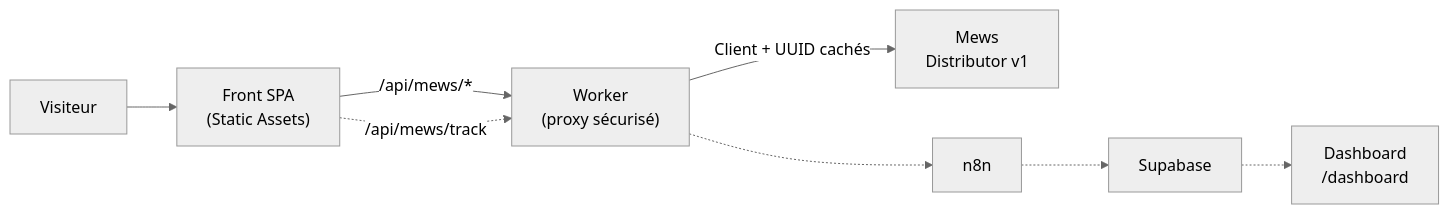
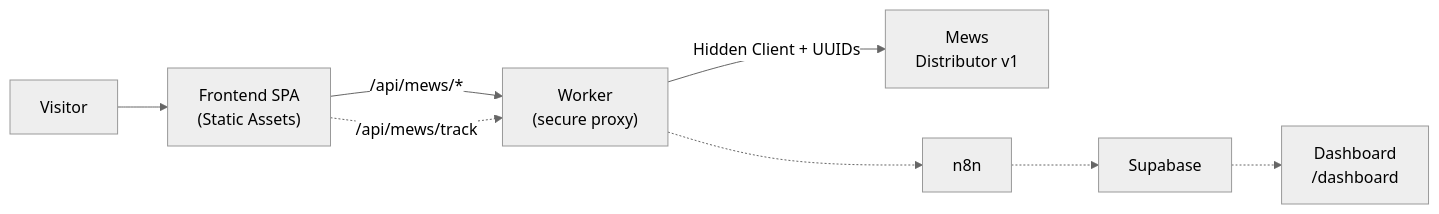
Before and after one commit to REVREBEL/urban-cowboy-booking-engine: the first of 4 diagrams in docs/architecture.md, drawn with Mermaid (neutral theme). The commit also changed other lines of this file and 10 other files, not shown here.

````diff
--- a/docs/architecture.md
+++ b/docs/architecture.md
@@ -29,10 +28,11 @@
 ```mermaid
 flowchart LR
-  U["Visiteur"] --> F["Front SPA<br/>(Static Assets)"]
-  F -->|"/api/mews/*"| W["Worker<br/>(proxy sécurisé)"]
-  W -->|"Client + UUID cachés"| M["Mews<br/>Distributor v1"]
+  U["Visitor"] --> F["Frontend SPA<br/>(Static Assets)"]
+  F -->|"/api/mews/*"| W["Worker<br/>(secure proxy)"]
+  W -->|"Hidden Client + UUIDs"| M["Mews<br/>Distributor v1"]
   F -.->|"/api/mews/track"| W
   W -.-> N["n8n"]
   N -.-> S["Supabase"]
   S -.-> D["Dashboard<br/>/dashboard"]
+
 ```
````
